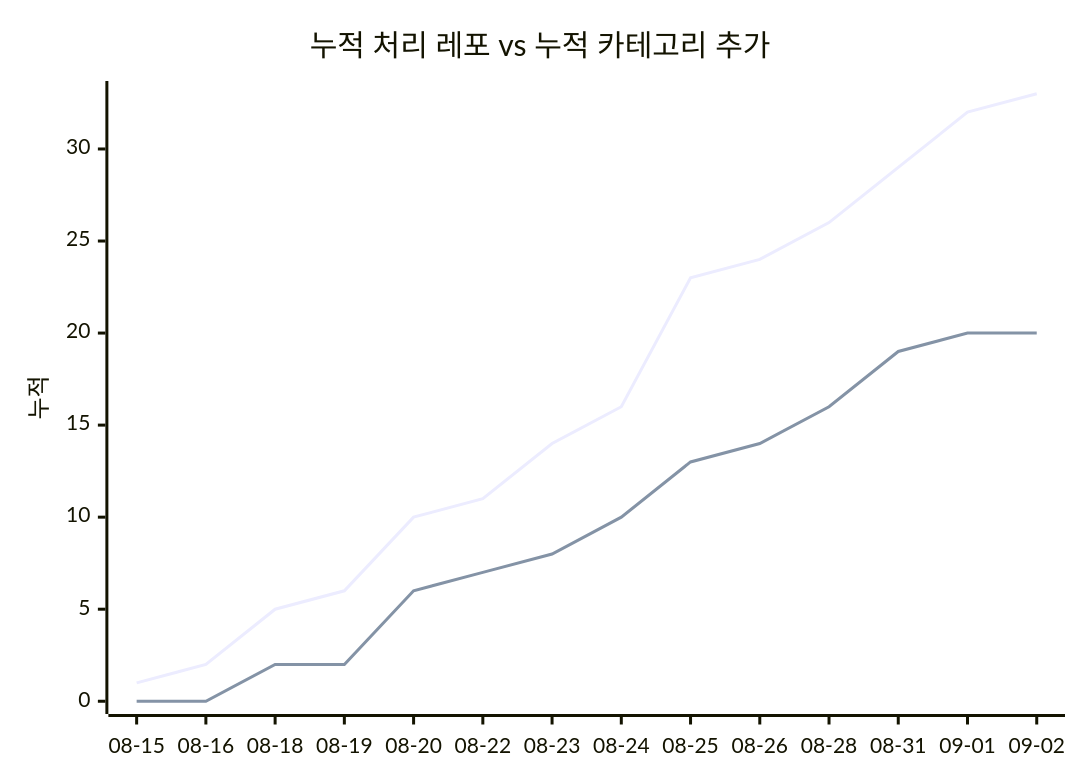
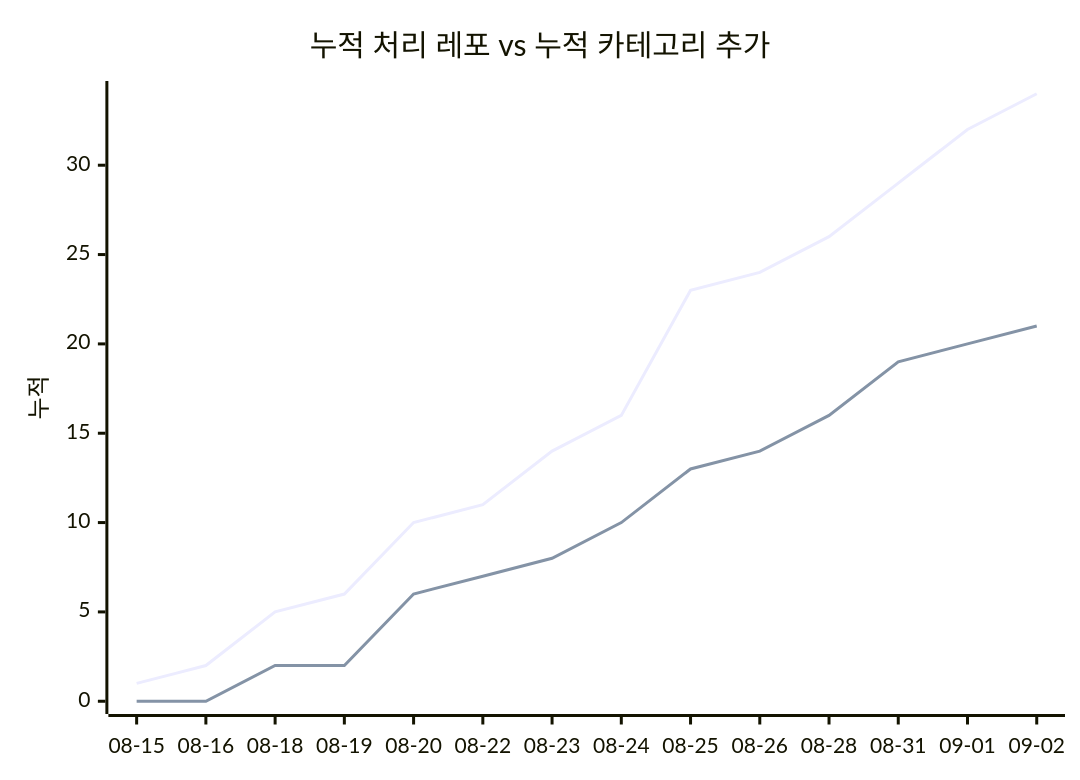
The second of 2 diagrams in docs/trends.md (J-nowcow/awesome-korean-agent-skills), drawn with Mermaid before and after one commit. The commit also changed other lines of this file and 3 other files, not shown here.

````diff
--- a/docs/trends.md
+++ b/docs/trends.md
@@ -68,8 +68,8 @@
 ```mermaid
 xychart-beta
     title "누적 처리 레포 vs 누적 카테고리 추가"
     x-axis ["08-15","08-16","08-18","08-19","08-20","08-22","08-23","08-24","08-25","08-26","08-28","08-31","09-01","09-02"]
     y-axis "누적"
-    line [1,2,5,6,10,11,14,16,23,24,26,29,32,33]
-    line [0,0,2,2,6,7,8,10,13,14,16,19,20,20]
+    line [1,2,5,6,10,11,14,16,23,24,26,29,32,34]
+    line [0,0,2,2,6,7,8,10,13,14,16,19,20,21]
 ```
````
